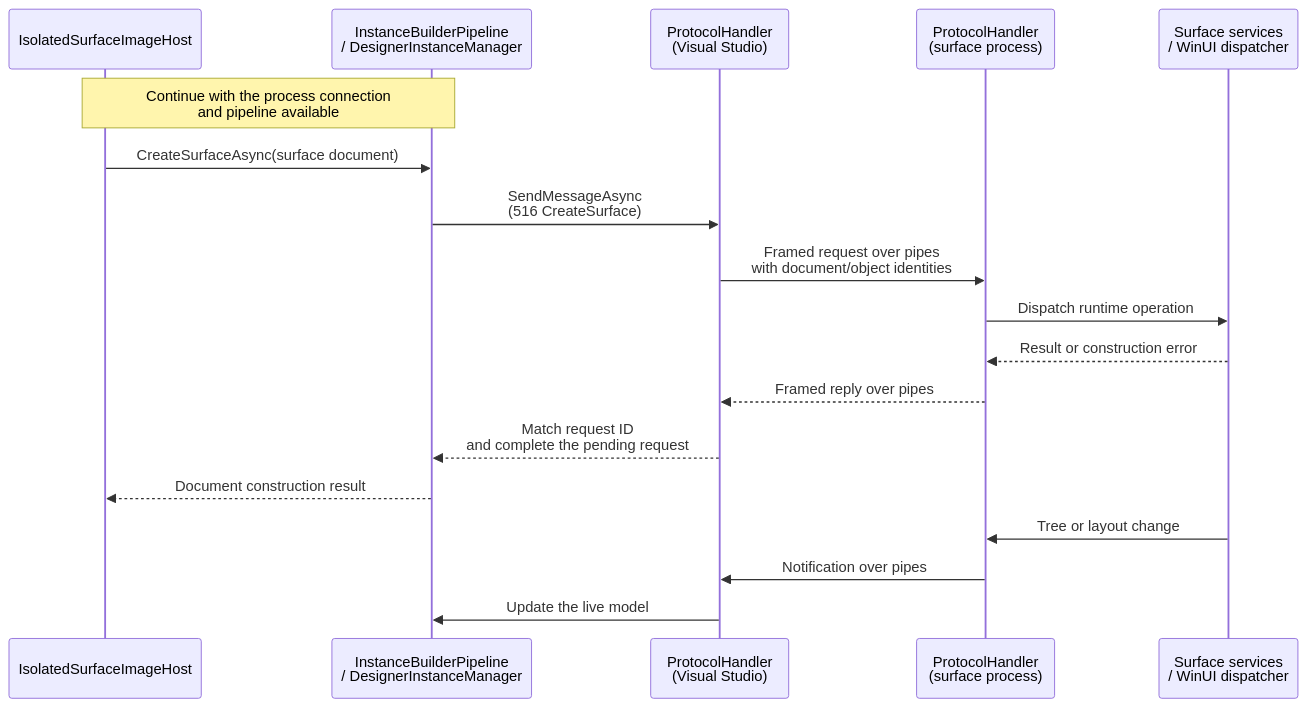
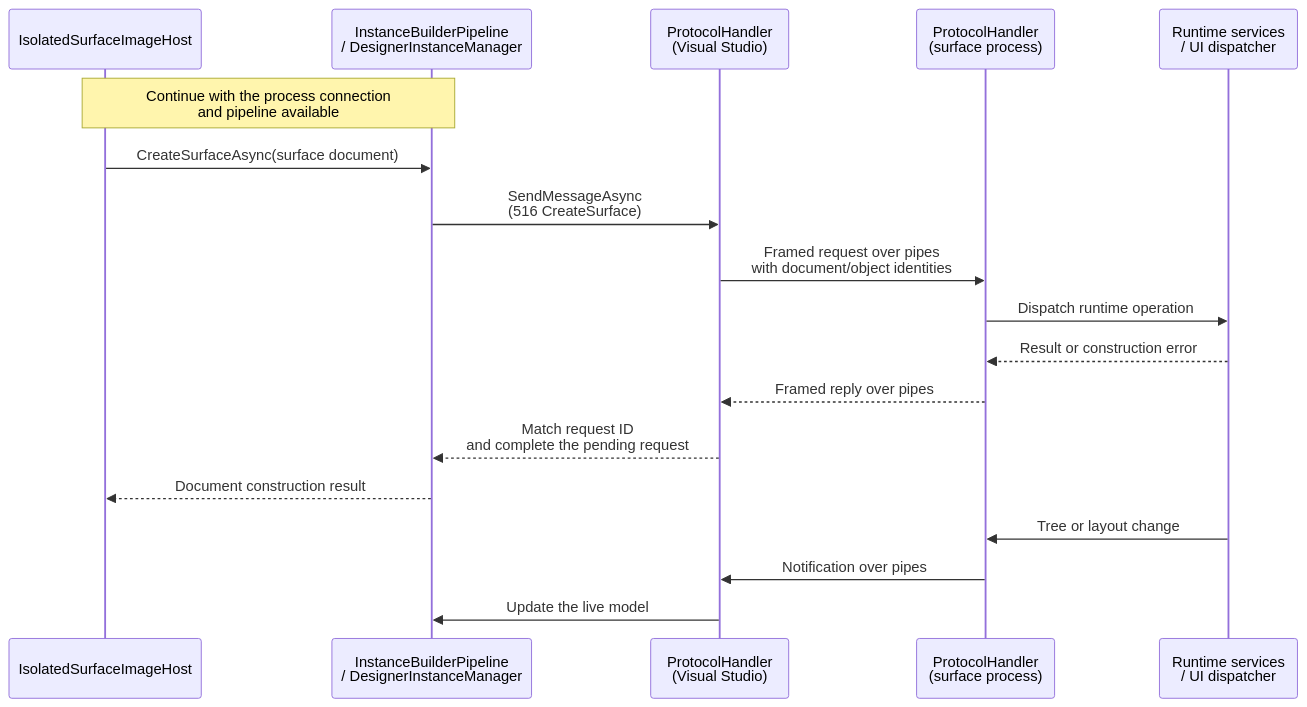
The fifth of 7 diagrams in docs/architecture.md (0x5bfa/WinUIDesigner), drawn with Mermaid before and after one commit. The commit also changed other lines of this file and 3 other files, not shown here.

````diff
--- a/docs/architecture.md
+++ b/docs/architecture.md
@@ -263,20 +233,20 @@
 ```mermaid
 sequenceDiagram
     participant Image as IsolatedSurfaceImageHost
     participant Pipeline as InstanceBuilderPipeline<br/>/ DesignerInstanceManager
     participant HostProtocol as ProtocolHandler<br/>(Visual Studio)
     participant SurfaceProtocol as ProtocolHandler<br/>(surface process)
-    participant UI as Surface services<br/>/ WinUI dispatcher
+    participant UI as Runtime services<br/>/ UI dispatcher
     Note over Image,Pipeline: Continue with the process connection<br/>and pipeline available
     Image->>Pipeline: CreateSurfaceAsync(surface document)
     Pipeline->>HostProtocol: SendMessageAsync<br/>(516 CreateSurface)
     HostProtocol->>SurfaceProtocol: Framed request over pipes<br/>with document/object identities
     SurfaceProtocol->>UI: Dispatch runtime operation
     UI-->>SurfaceProtocol: Result or construction error
     SurfaceProtocol-->>HostProtocol: Framed reply over pipes
     HostProtocol-->>Pipeline: Match request ID<br/>and complete the pending request
     Pipeline-->>Image: Document construction result
     UI->>SurfaceProtocol: Tree or layout change
     SurfaceProtocol->>HostProtocol: Notification over pipes
     HostProtocol->>Pipeline: Update the live model
 ```
````
